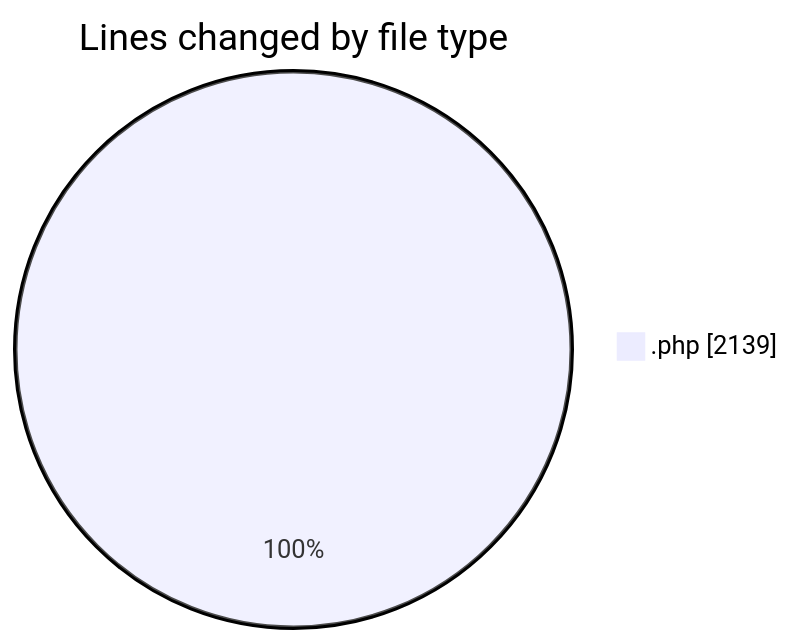
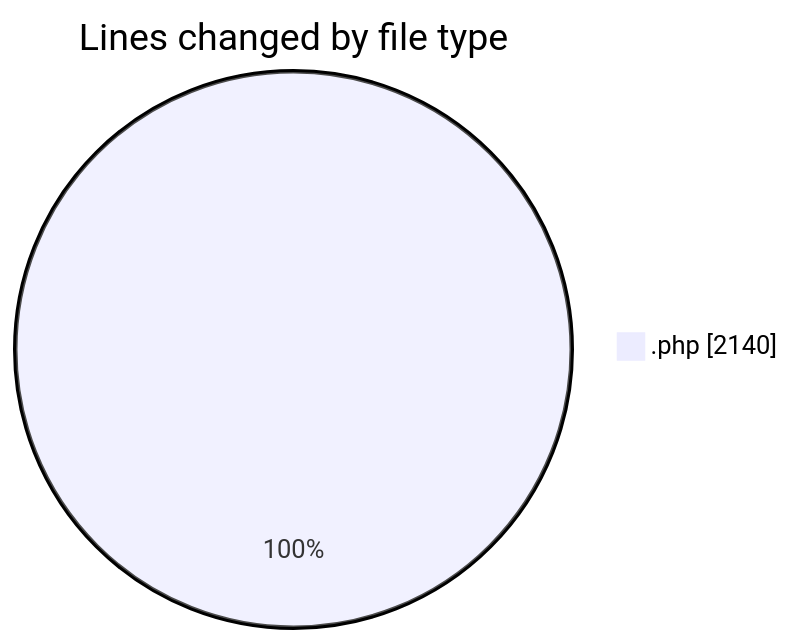
The first of 2 diagrams in 2025-10-22/untitled__workspace_/README.md (debugP/code-tracking), drawn with Mermaid before and after one commit. The commit also changed other lines of this file and 1 other file, not shown here.

````diff
--- a/2025-10-22/untitled__workspace_/README.md
+++ b/2025-10-22/untitled__workspace_/README.md
@@ -20,5 +20,5 @@
 ```mermaid
 pie showData
 title Lines changed by file type
-".php" : 2139
+".php" : 2140
 ```
````
